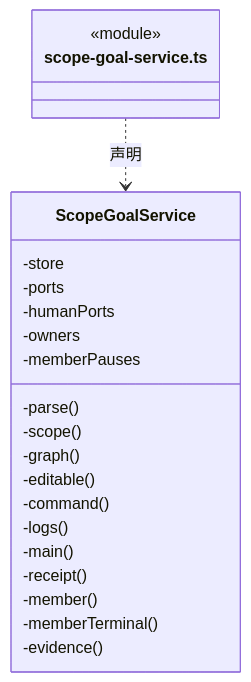
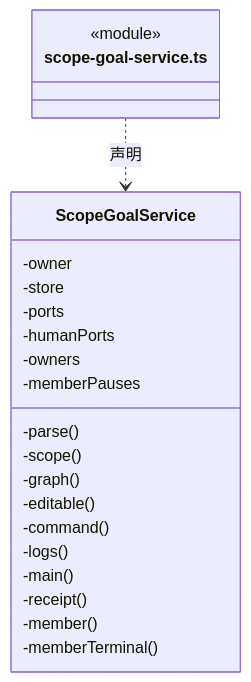
Before and after one commit to nan023062/cbim: diagram 11 of 22 in src/backend/scheduler-engine/goals/ARCHITECTURE.md, drawn with Mermaid. The commit also changed other lines of this file and 130 other files, not shown here.

````diff
--- a/src/backend/scheduler-engine/goals/ARCHITECTURE.md
+++ b/src/backend/scheduler-engine/goals/ARCHITECTURE.md
@@ -257,25 +257,25 @@
 ```mermaid
 classDiagram
 class N_src_backend_scheduler_engine_goals_scope_goal_service_ts["scope-goal-service.ts"] {
   <<module>>
 }
 class N_src_backend_scheduler_engine_goals_scope_goal_service_ts_ScopeGoalService["ScopeGoalService"] {
+  -owner
   -store
   -ports
   -humanPorts
   -owners
   -memberPauses
   -parse()
   -scope()
   -graph()
   -editable()
   -command()
   -logs()
   -main()
   -receipt()
   -member()
   -memberTerminal()
-  -evidence()
 }
 N_src_backend_scheduler_engine_goals_scope_goal_service_ts ..> N_src_backend_scheduler_engine_goals_scope_goal_service_ts_ScopeGoalService : 声明
 ```
````
